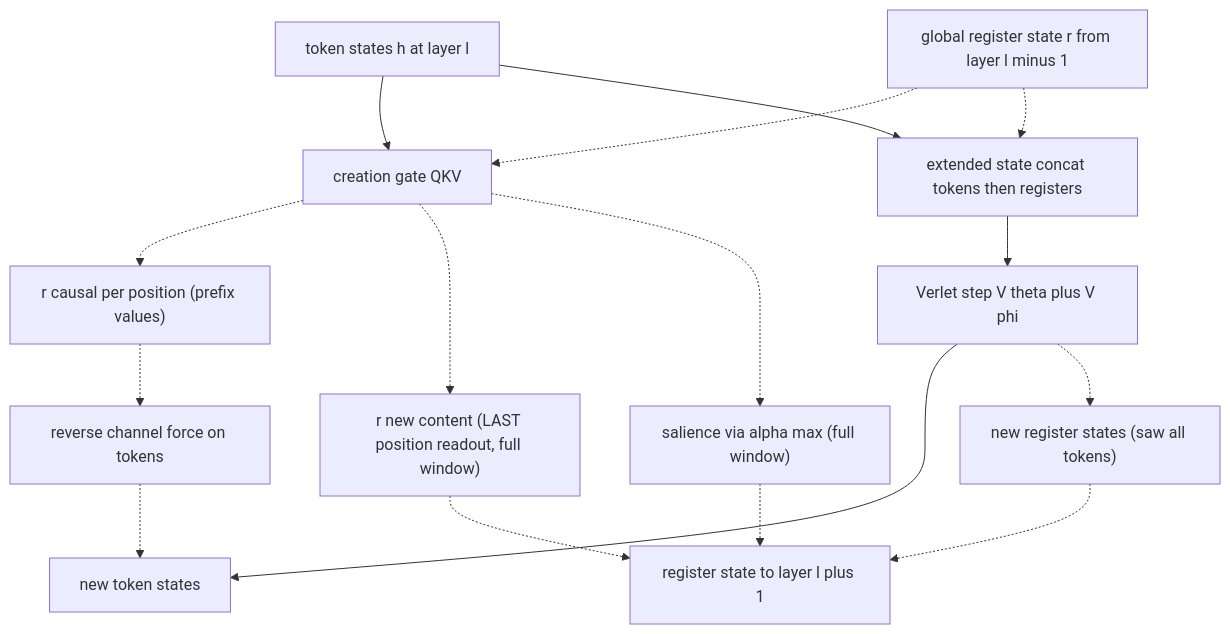
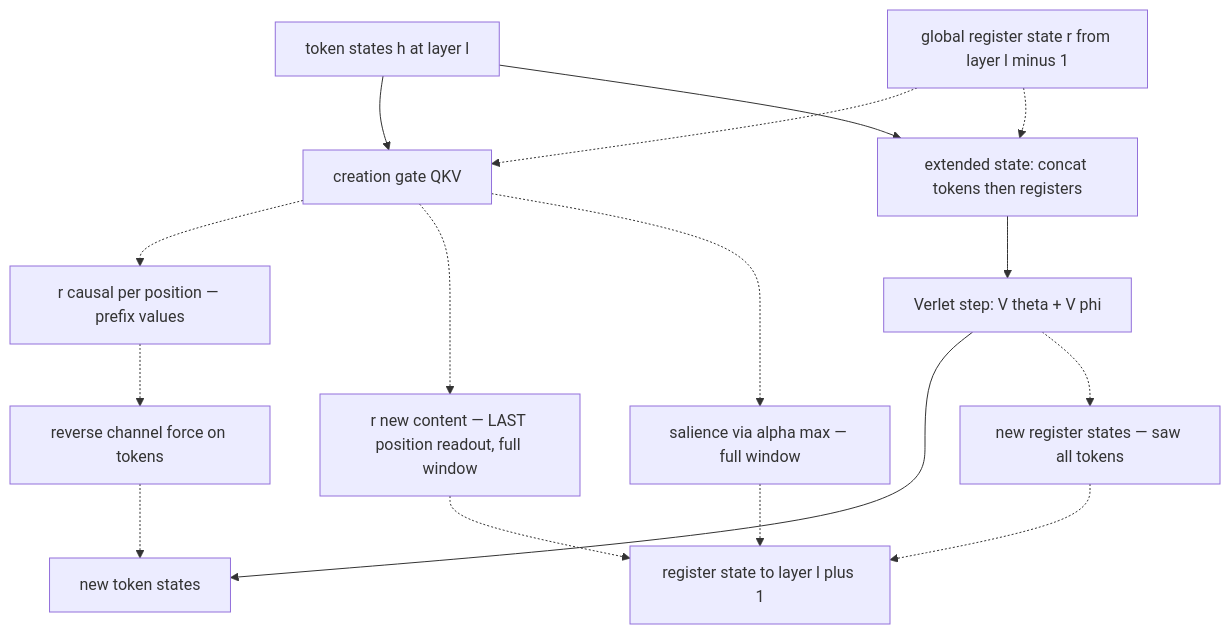
Before and after one commit to dimitarpg13/semsimula-paper: the second of 5 diagrams in companion_notes/Fock-PARFLM_Causal_Leak_Audit_Results.md, drawn with Mermaid. The commit also changed other lines of this file and 1 other file, not shown here.

Commit message:
fix mermaid rendering errors

````diff
--- a/companion_notes/Fock-PARFLM_Causal_Leak_Audit_Results.md
+++ b/companion_notes/Fock-PARFLM_Causal_Leak_Audit_Results.md
@@ -84,31 +84,31 @@
 ```mermaid
 flowchart TB
     Tokens["token states h at layer l"]
     Registers["global register state r from layer l minus 1"]
     Creation["creation gate QKV"]
-    RCausal["r causal per position (prefix values)"]
-    RContent["r new content (LAST position readout, full window)"]
-    Salience["salience via alpha max (full window)"]
-    Extended["extended state concat tokens then registers"]
-    Verlet["Verlet step V theta plus V phi"]
+    RCausal["r causal per position — prefix values"]
+    RContent["r new content — LAST position readout, full window"]
+    Salience["salience via alpha max — full window"]
+    Extended["extended state: concat tokens then registers"]
+    Verlet["Verlet step: V theta + V phi"]
     NewTokens["new token states"]
-    NewRegisters["new register states (saw all tokens)"]
+    NewRegisters["new register states — saw all tokens"]
     Reverse["reverse channel force on tokens"]
     NextLayer["register state to layer l plus 1"]
 
     Tokens --> Creation
     Registers -.-> Creation
     Creation -.-> RCausal
     Creation -.-> RContent
     Creation -.-> Salience
     Tokens --> Extended
     Registers -.-> Extended
     Extended --> Verlet
     Verlet --> NewTokens
     Verlet -.-> NewRegisters
     RCausal -.-> Reverse
     Reverse -.-> NewTokens
     RContent -.-> NextLayer
     NewRegisters -.-> NextLayer
     Salience -.-> NextLayer
 ```
````
